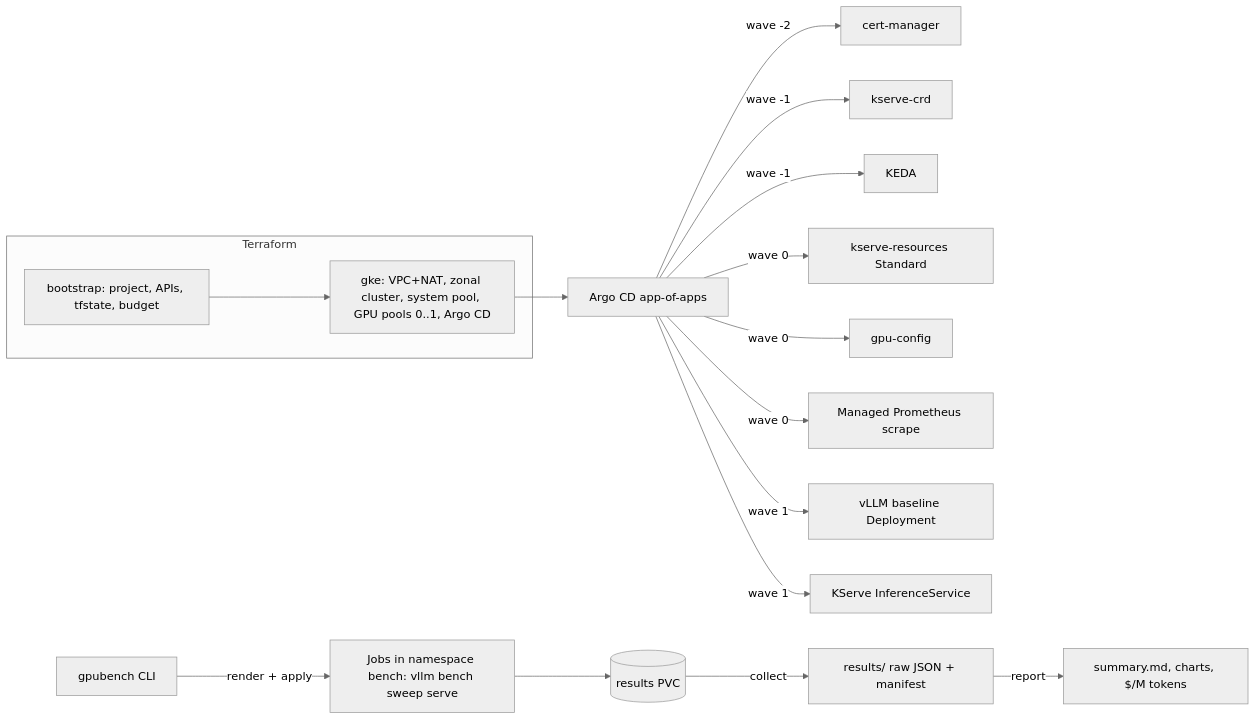
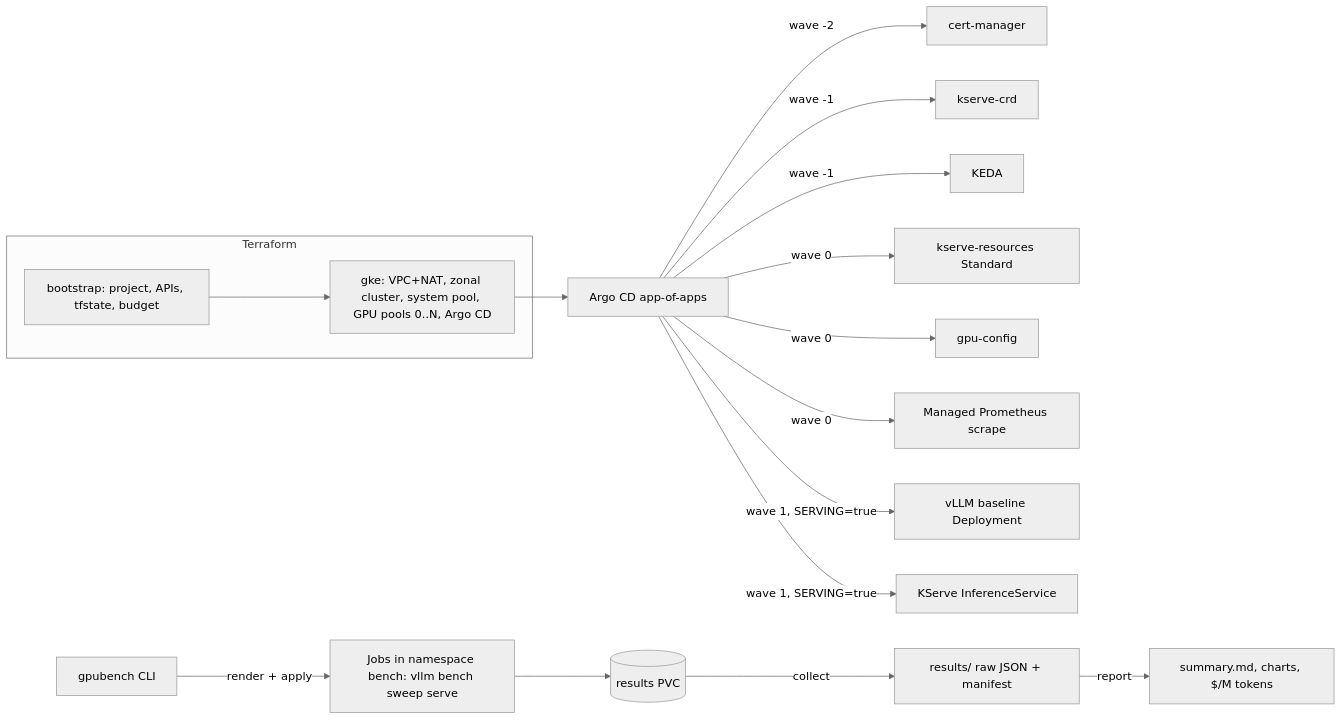
One commit to ExelleR/gpu-inference-platform changed the diagram in docs/diagrams/architecture.mmd. Above: the diagram before and after it, drawn with Mermaid (neutral theme). The commit also changed 14 other files, not shown here.

```diff
--- a/docs/diagrams/architecture.mmd
+++ b/docs/diagrams/architecture.mmd
@@ -1,13 +1,13 @@
 flowchart LR
   subgraph tf[Terraform]
-    B[bootstrap: project, APIs, tfstate, budget] --> G[gke: VPC+NAT, zonal cluster, system pool, GPU pools 0..1, Argo CD]
+    B[bootstrap: project, APIs, tfstate, budget] --> G[gke: VPC+NAT, zonal cluster, system pool, GPU pools 0..N, Argo CD]
   end
   G --> A[Argo CD app-of-apps]
   A -->|wave -2| CM[cert-manager]
   A -->|wave -1| CRD[kserve-crd] & KEDA[KEDA]
   A -->|wave 0| KS[kserve-resources Standard] & GPU[gpu-config] & MON[Managed Prometheus scrape]
-  A -->|wave 1| V[vLLM baseline Deployment] & I[KServe InferenceService]
+  A -->|wave 1, SERVING=true| V[vLLM baseline Deployment] & I[KServe InferenceService]
   H[gpubench CLI] -->|render + apply| J[Jobs in namespace bench: vllm bench sweep serve]
   J --> P[(results PVC)]
   P -->|collect| R[results/ raw JSON + manifest]
   R -->|report| S[summary.md, charts, $/M tokens]
```
